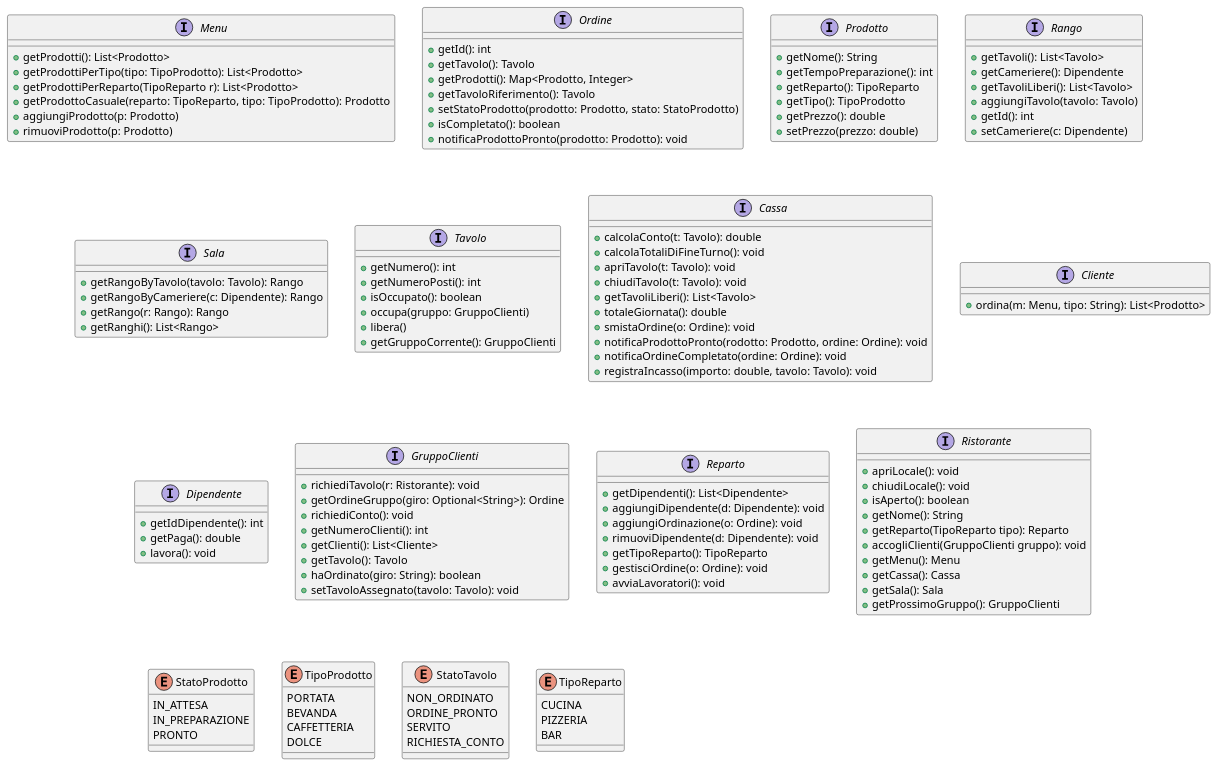
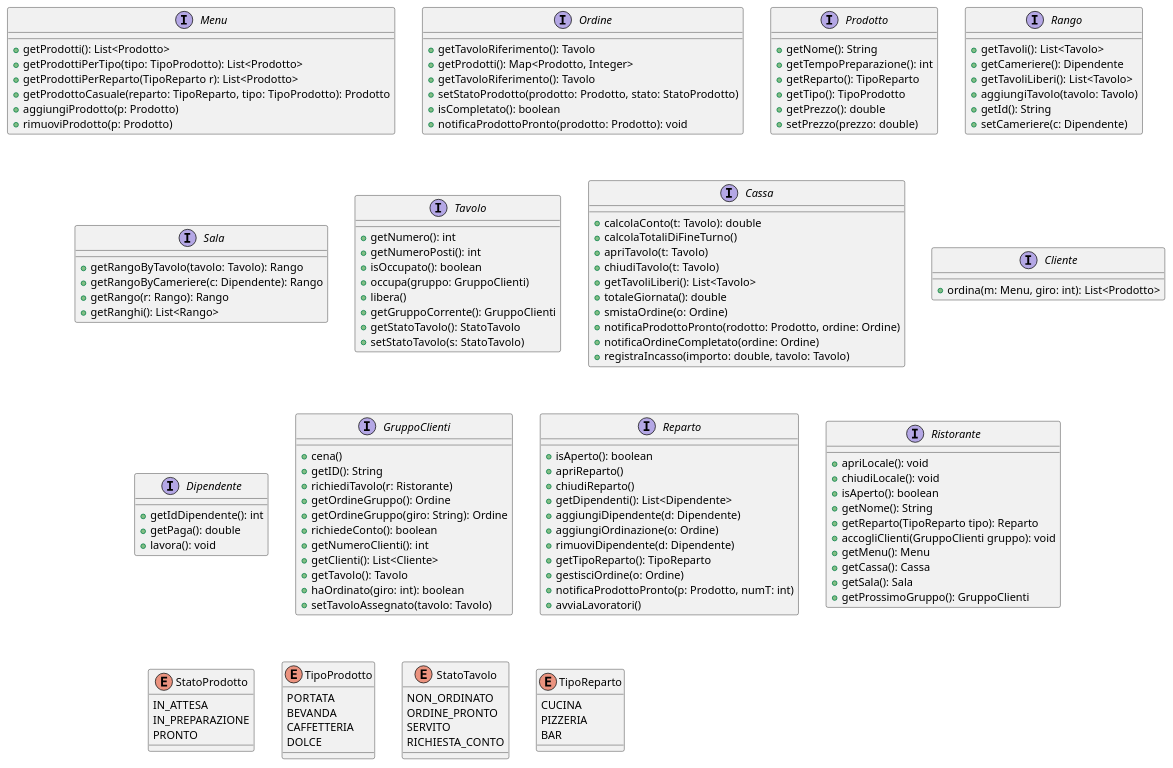
Before and after one commit to ameelleea/progetto_pmo_202425: the diagram in simulazione_ristorante/ristorante.puml, drawn with PlantUML. The commit also changed 44 other files, not shown here.

```diff
--- a/simulazione_ristorante/ristorante.puml
+++ b/simulazione_ristorante/ristorante.puml
@@ -1,141 +1,149 @@
 @startuml ristorante
 
 interface Menu {
     + getProdotti(): List<Prodotto> 
     + getProdottiPerTipo(tipo: TipoProdotto): List<Prodotto>
     + getProdottiPerReparto(TipoReparto r): List<Prodotto> 
     + getProdottoCasuale(reparto: TipoReparto, tipo: TipoProdotto): Prodotto 
     + aggiungiProdotto(p: Prodotto)
     + rimuoviProdotto(p: Prodotto)
 
 }
 
 interface Ordine {
-    + getId(): int
-    + getTavolo(): Tavolo
+    + getTavoloRiferimento(): Tavolo
     + getProdotti(): Map<Prodotto, Integer> 
     + getTavoloRiferimento(): Tavolo
     + setStatoProdotto(prodotto: Prodotto, stato: StatoProdotto)
     + isCompletato(): boolean
     + notificaProdottoPronto(prodotto: Prodotto): void 
 }
 
 interface Prodotto {
    + getNome(): String
    + getTempoPreparazione(): int
    + getReparto(): TipoReparto
    + getTipo(): TipoProdotto
    + getPrezzo(): double
    + setPrezzo(prezzo: double)
 }
 
 interface Rango {
     + getTavoli(): List<Tavolo> 
     + getCameriere(): Dipendente 
     + getTavoliLiberi(): List<Tavolo> 
     + aggiungiTavolo(tavolo: Tavolo)
-    + getId(): int
+    + getId(): String
     + setCameriere(c: Dipendente)
 }
 
 interface Sala {
     + getRangoByTavolo(tavolo: Tavolo): Rango 
     + getRangoByCameriere(c: Dipendente): Rango
     + getRango(r: Rango): Rango
     + getRanghi(): List<Rango> 
 }
 
 
 interface Tavolo {
     + getNumero(): int
     + getNumeroPosti(): int
     + isOccupato(): boolean
     + occupa(gruppo: GruppoClienti)
     + libera()
     + getGruppoCorrente(): GruppoClienti 
+    + getStatoTavolo(): StatoTavolo
+    + setStatoTavolo(s: StatoTavolo)
 }
 
 interface Cassa {
     + calcolaConto(t: Tavolo): double
-    + calcolaTotaliDiFineTurno(): void
-    + apriTavolo(t: Tavolo): void
-    + chiudiTavolo(t: Tavolo): void
+    + calcolaTotaliDiFineTurno()
+    + apriTavolo(t: Tavolo)
+    + chiudiTavolo(t: Tavolo)
     + getTavoliLiberi(): List<Tavolo> 
     + totaleGiornata(): double
-    + smistaOrdine(o: Ordine): void
-    + notificaProdottoPronto(rodotto: Prodotto, ordine: Ordine): void 
-    + notificaOrdineCompletato(ordine: Ordine): void
-    + registraIncasso(importo: double, tavolo: Tavolo): void 
+    + smistaOrdine(o: Ordine)
+    + notificaProdottoPronto(rodotto: Prodotto, ordine: Ordine) 
+    + notificaOrdineCompletato(ordine: Ordine)
+    + registraIncasso(importo: double, tavolo: Tavolo) 
 }
 
 interface Cliente {
-    + ordina(m: Menu, tipo: String): List<Prodotto> 
+    + ordina(m: Menu, giro: int): List<Prodotto> 
 }
 
 interface Dipendente {
     + getIdDipendente(): int
     + getPaga(): double
     + lavora(): void
 }
 
 interface GruppoClienti {
-    + richiediTavolo(r: Ristorante): void
-    + getOrdineGruppo(giro: Optional<String>): Ordine 
-    + richiediConto(): void
+    + cena()
+    + getID(): String
+    + richiediTavolo(r: Ristorante)
+    + getOrdineGruppo(): Ordine
+    + getOrdineGruppo(giro: String): Ordine 
+    + richiedeConto(): boolean
     + getNumeroClienti(): int
     + getClienti(): List<Cliente> 
     + getTavolo(): Tavolo 
-    + haOrdinato(giro: String): boolean 
-    + setTavoloAssegnato(tavolo: Tavolo): void
+    + haOrdinato(giro: int): boolean 
+    + setTavoloAssegnato(tavolo: Tavolo)
 }
 
 interface Reparto {
+    + isAperto(): boolean
+    + apriReparto()
+    + chiudiReparto()
     + getDipendenti(): List<Dipendente> 
-    + aggiungiDipendente(d: Dipendente): void
-    + aggiungiOrdinazione(o: Ordine): void
-    + rimuoviDipendente(d: Dipendente): void
+    + aggiungiDipendente(d: Dipendente)
+    + aggiungiOrdinazione(o: Ordine)
+    + rimuoviDipendente(d: Dipendente)
     + getTipoReparto(): TipoReparto 
-    + gestisciOrdine(o: Ordine): void
-    + avviaLavoratori(): void
+    + gestisciOrdine(o: Ordine)
+    + notificaProdottoPronto(p: Prodotto, numT: int)
+    + avviaLavoratori()
 }
 
 interface Ristorante {
     + apriLocale(): void
     + chiudiLocale(): void
     + isAperto(): boolean
     + getNome(): String
     + getReparto(TipoReparto tipo): Reparto
     + accogliClienti(GruppoClienti gruppo): void
     + getMenu(): Menu
     + getCassa(): Cassa
     + getSala(): Sala
     + getProssimoGruppo(): GruppoClienti
 }
 
 enum StatoProdotto {
   IN_ATTESA
   IN_PREPARAZIONE
   PRONTO
 }
 
 enum TipoProdotto {
   PORTATA
   BEVANDA
   CAFFETTERIA
   DOLCE
 }
 
 enum StatoTavolo {
   NON_ORDINATO
   ORDINE_PRONTO
   SERVITO
   RICHIESTA_CONTO
 }
 
 enum TipoReparto {
   CUCINA
   PIZZERIA
   BAR
 }
 
 @enduml
```
